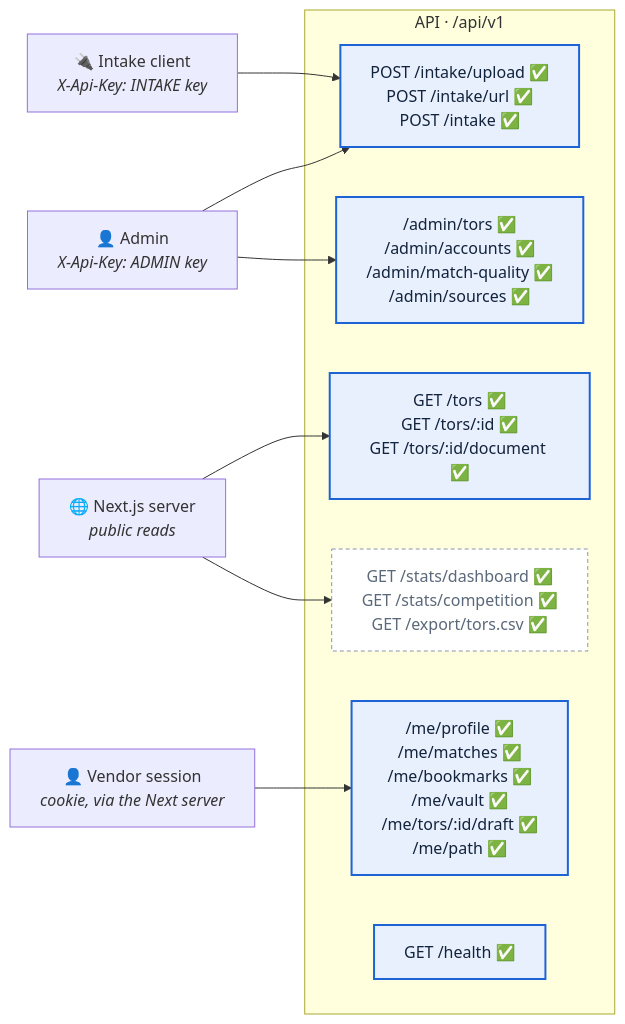
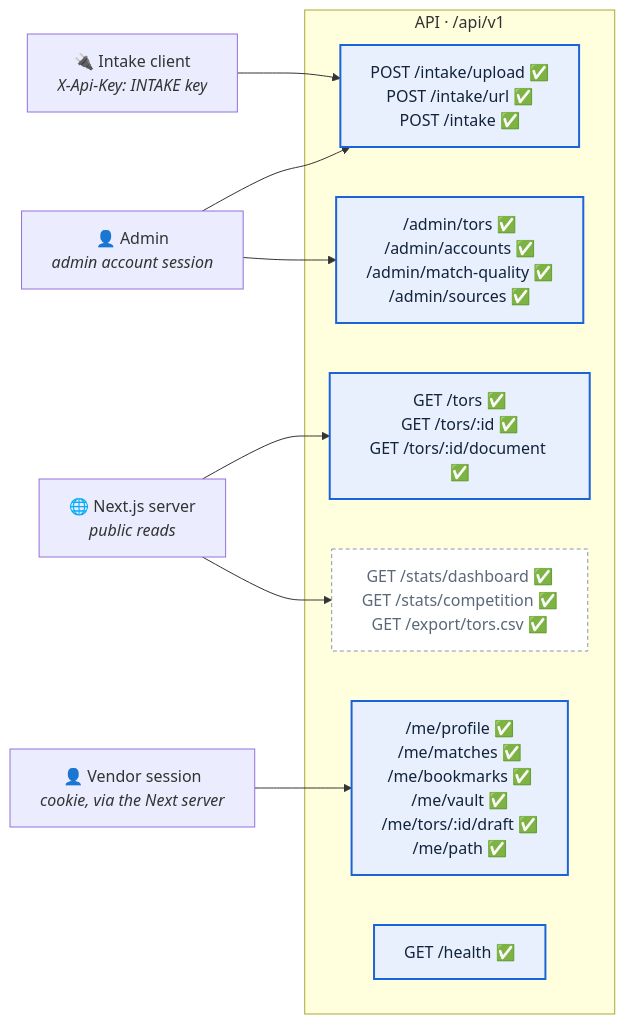
The first of 2 diagrams in docs/API.md (TORMomentum/Momentum), drawn with Mermaid before and after one commit. The commit also changed other lines of this file and 11 other files, not shown here.

Commit message:
docs(admin): admin accounts spec, API, architecture, security docs, tests and status (TOR-199)

````diff
--- a/docs/API.md
+++ b/docs/API.md
@@ -19,28 +19,28 @@
 ```mermaid
 flowchart LR
-    admin["👤 Admin<br/><i>X-Api-Key: ADMIN key</i>"]
+    admin["👤 Admin<br/><i>admin account session</i>"]
     partner["🔌 Intake client<br/><i>X-Api-Key: INTAKE key</i>"]
     web["🌐 Next.js server<br/><i>public reads</i>"]
     vendor["👤 Vendor session<br/><i>cookie, via the Next server</i>"]
 
     subgraph api["API · /api/v1"]
         intake["POST /intake/upload ✅<br/>POST /intake/url ✅<br/>POST /intake ✅"]
         read["GET /tors ✅<br/>GET /tors/:id ✅<br/>GET /tors/:id/document ✅"]
         stats["GET /stats/dashboard ✅<br/>GET /stats/competition ✅<br/>GET /export/tors.csv ✅"]
         me["/me/profile ✅<br/>/me/matches ✅<br/>/me/bookmarks ✅<br/>/me/vault ✅<br/>/me/tors/:id/draft ✅<br/>/me/path ✅"]
         adminq["/admin/tors ✅<br/>/admin/accounts ✅<br/>/admin/match-quality ✅<br/>/admin/sources ✅"]
         health["GET /health ✅"]
     end
 
     admin --> intake
     admin --> adminq
     partner --> intake
     web --> read
     web --> stats
     vendor --> me
 
     classDef built fill:#e8f0fe,stroke:#1d63d8,color:#12233c,stroke-width:2px
     classDef planned fill:#fff,stroke:#8896ad,color:#5b6879,stroke-dasharray:4 3
     class intake,health,read,me,adminq built
     class stats planned
 ```
````
